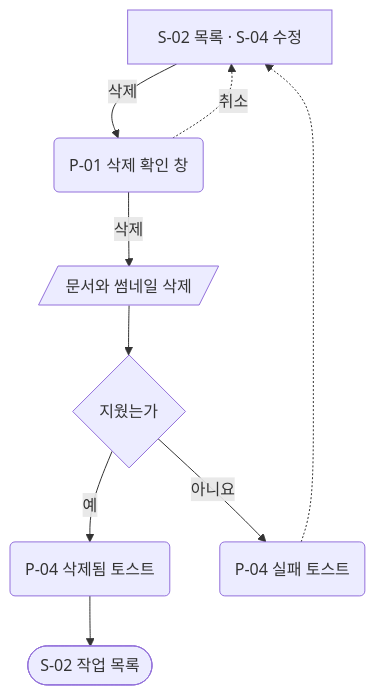
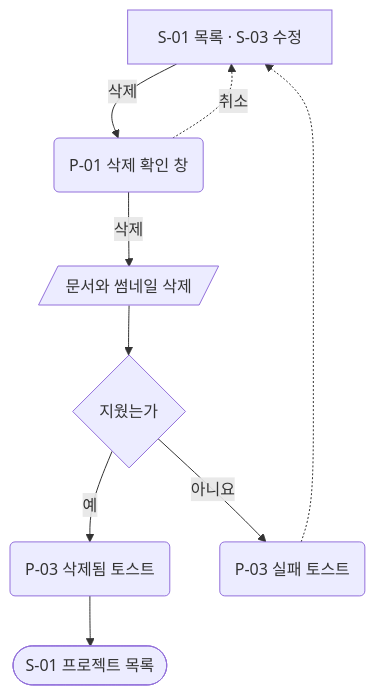
The fourth of 4 diagrams in docs/plan/admin/userflow.md (GUNIZZI/portfolio), drawn with Mermaid before and after one commit. The commit also changed other lines of this file and 17 other files, not shown here.

````diff
--- a/docs/plan/admin/userflow.md
+++ b/docs/plan/admin/userflow.md
@@ -98,11 +79,11 @@
 ```mermaid
 flowchart TD
-    S["S-02 목록 · S-04 수정"]:::screen -->|"삭제"| DL("P-01 삭제 확인 창"):::dialog
+    S["S-01 목록 · S-03 수정"]:::screen -->|"삭제"| DL("P-01 삭제 확인 창"):::dialog
     DL -.->|"취소"| S
     DL -->|"삭제"| RM[/"문서와 썸네일 삭제"/]:::api
     RM --> R{"지웠는가"}:::decision
-    R -->|"예"| T("P-04 삭제됨 토스트"):::dialog
-    R -->|"아니요"| TE("P-04 실패 토스트"):::dialog
+    R -->|"예"| T("P-03 삭제됨 토스트"):::dialog
+    R -->|"아니요"| TE("P-03 실패 토스트"):::dialog
     TE -.-> S
-    T --> LS(["S-02 작업 목록"]):::done
+    T --> LS(["S-01 프로젝트 목록"]):::done
 ```
````
